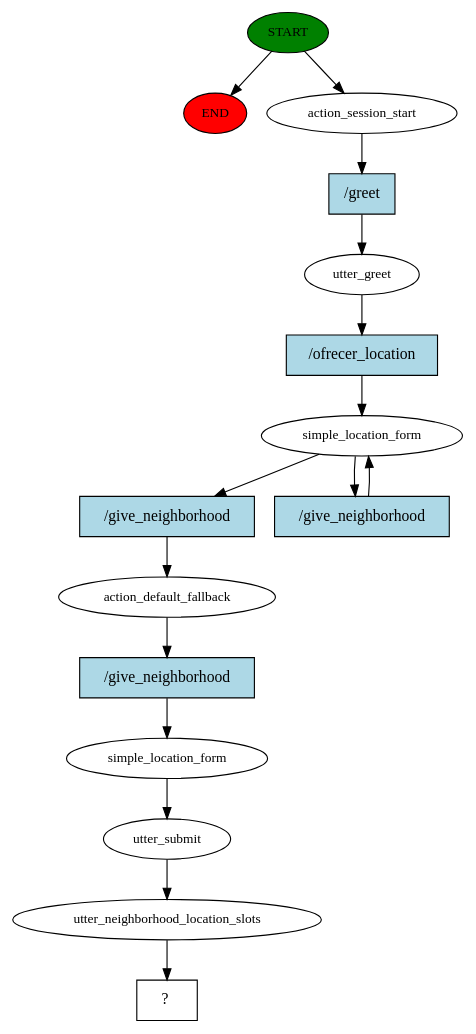
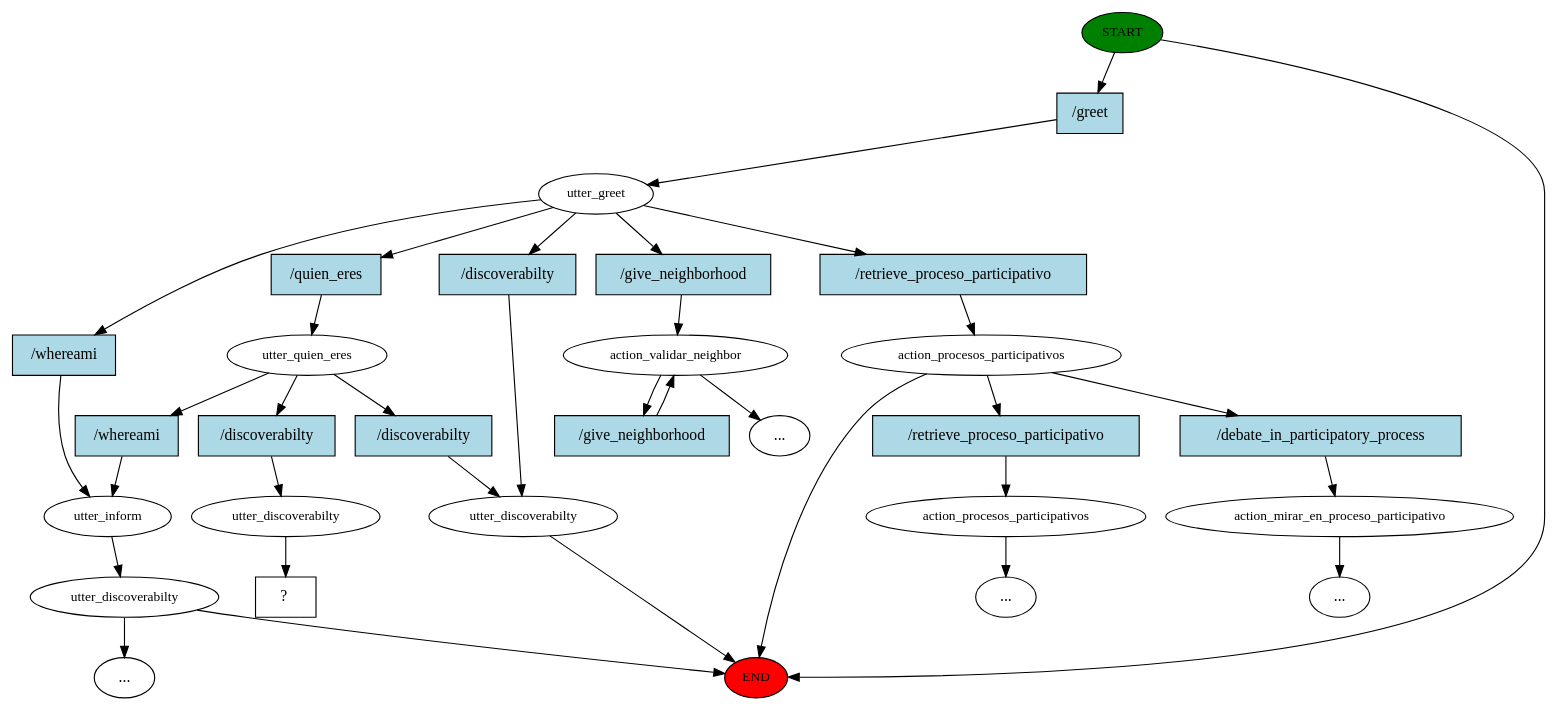
One commit to victor1404/TFG-VICTOR changed the diagram in story_graph.dot. Above: the diagram before and after it, drawn with Graphviz. The commit also changed 1416 other files, not shown here.

```diff
--- a/story_graph.dot
+++ b/story_graph.dot
@@ -1,32 +1,65 @@
 digraph  {
 0 [class="start active", fillcolor=green, fontsize=12, label=START, style=filled];
 "-1" [class=end, fillcolor=red, fontsize=12, label=END, style=filled];
-1 [class=active, fontsize=12, label=action_session_start];
-2 [class=active, fontsize=12, label=utter_greet];
-3 [class=active, fontsize=12, label=simple_location_form];
-5 [class=active, fontsize=12, label=action_default_fallback];
-6 [class=active, fontsize=12, label=simple_location_form];
-7 [class=active, fontsize=12, label=utter_submit];
-8 [class=active, fontsize=12, label=utter_neighborhood_location_slots];
-9 [class="intent dashed active", label="  ?  ", shape=rect];
-10 [class="intent active", fillcolor=lightblue, label="/greet", shape=rect, style=filled];
-11 [class="intent active", fillcolor=lightblue, label="/ofrecer_location", shape=rect, style=filled];
-12 [class="intent active", fillcolor=lightblue, label="/give_neighborhood", shape=rect, style=filled];
-13 [class="intent active", fillcolor=lightblue, label="/give_neighborhood", shape=rect, style=filled];
-14 [class="intent active", fillcolor=lightblue, label="/give_neighborhood", shape=rect, style=filled];
+1 [class=active, fontsize=12, label=utter_greet];
+2 [class="", fontsize=12, label=utter_inform];
+3 [class="", fontsize=12, label=utter_discoverabilty];
+5 [class=active, fontsize=12, label=utter_quien_eres];
+9 [class="", fontsize=12, label=utter_discoverabilty];
+"-4" [class=ellipsis, label="..."];
+17 [class="", fontsize=12, label=action_validar_neighbor];
+"-7" [class=ellipsis, label="..."];
+26 [class="", fontsize=12, label=action_procesos_participativos];
+29 [class="", fontsize=12, label=action_procesos_participativos];
+"-8" [class=ellipsis, label="..."];
+32 [class="", fontsize=12, label=action_mirar_en_proceso_participativo];
+"-9" [class=ellipsis, label="..."];
+35 [class=active, fontsize=12, label=utter_discoverabilty];
+36 [class="intent dashed active", label="  ?  ", shape=rect];
+37 [class="intent active", fillcolor=lightblue, label="/greet", shape=rect, style=filled];
+38 [class=intent, fillcolor=lightblue, label="/whereami", shape=rect, style=filled];
+39 [class="intent active", fillcolor=lightblue, label="/quien_eres", shape=rect, style=filled];
+40 [class=intent, fillcolor=lightblue, label="/discoverabilty", shape=rect, style=filled];
+41 [class=intent, fillcolor=lightblue, label="/give_neighborhood", shape=rect, style=filled];
+42 [class=intent, fillcolor=lightblue, label="/retrieve_proceso_participativo", shape=rect, style=filled];
+43 [class=intent, fillcolor=lightblue, label="/whereami", shape=rect, style=filled];
+44 [class="intent active", fillcolor=lightblue, label="/discoverabilty", shape=rect, style=filled];
+45 [class=intent, fillcolor=lightblue, label="/discoverabilty", shape=rect, style=filled];
+46 [class=intent, fillcolor=lightblue, label="/give_neighborhood", shape=rect, style=filled];
+47 [class=intent, fillcolor=lightblue, label="/retrieve_proceso_participativo", shape=rect, style=filled];
+48 [class=intent, fillcolor=lightblue, label="/debate_in_participatory_process", shape=rect, style=filled];
 0 -> "-1"  [class="", key=NONE, label=""];
-0 -> 1  [class=active, key=NONE, label=""];
-1 -> 10  [class=active, key=0];
-2 -> 11  [class=active, key=0];
-3 -> 12  [class=active, key=0];
-3 -> 13  [class=active, key=0];
-5 -> 14  [class=active, key=0];
-6 -> 7  [class=active, key=NONE, label=""];
-7 -> 8  [class=active, key=NONE, label=""];
-8 -> 9  [class=active, key=NONE, label=""];
-10 -> 2  [class=active, key=0];
-11 -> 3  [class=active, key=0];
-12 -> 5  [class=active, key=0];
-13 -> 3  [class=active, key=0];
-14 -> 6  [class=active, key=0];
+0 -> 37  [class=active, key=0];
+1 -> 38  [class="", key=0];
+1 -> 39  [class=active, key=0];
+1 -> 40  [class="", key=0];
+1 -> 41  [class="", key=0];
+1 -> 42  [class="", key=0];
+2 -> 3  [class="", key=NONE, label=""];
+3 -> "-1"  [class="", key=NONE, label=""];
+3 -> "-4"  [class="", key=NONE, label=""];
+5 -> 43  [class="", key=0];
+5 -> 44  [class=active, key=0];
+5 -> 45  [class="", key=0];
+9 -> "-1"  [class="", key=NONE, label=""];
+17 -> "-7"  [class="", key=NONE, label=""];
+17 -> 46  [class="", key=0];
+26 -> "-1"  [class="", key=NONE, label=""];
+26 -> 47  [class="", key=0];
+26 -> 48  [class="", key=0];
+29 -> "-8"  [class="", key=NONE, label=""];
+32 -> "-9"  [class="", key=NONE, label=""];
+35 -> 36  [class=active, key=NONE, label=""];
+37 -> 1  [class=active, key=0];
+38 -> 2  [class="", key=0];
+39 -> 5  [class=active, key=0];
+40 -> 9  [class="", key=0];
+41 -> 17  [class="", key=0];
+42 -> 26  [class="", key=0];
+43 -> 2  [class="", key=0];
+44 -> 35  [class=active, key=0];
+45 -> 9  [class="", key=0];
+46 -> 17  [class="", key=0];
+47 -> 29  [class="", key=0];
+48 -> 32  [class="", key=0];
 }
```
